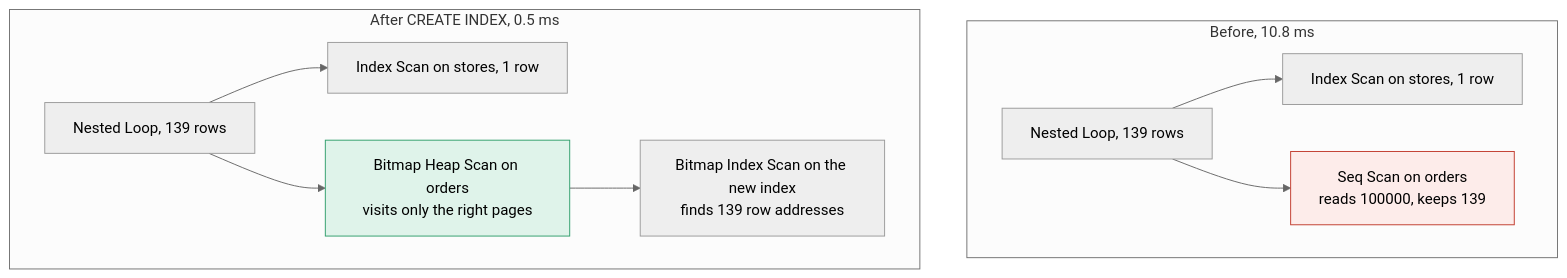
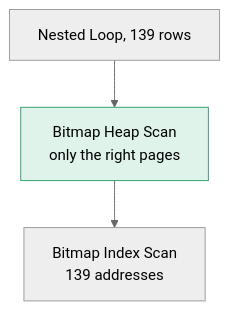
The third of 5 diagrams in learn/database/11-reading-explain.md (starjustice/research-material), drawn with Mermaid (neutral theme) before and after one commit. The commit also changed other lines of this file, not shown here.

````diff
--- a/learn/database/11-reading-explain.md
+++ b/learn/database/11-reading-explain.md
@@ -115,14 +154,6 @@
 ```mermaid
 graph TB
-    subgraph BEFORE ["Before, 10.8 ms"]
-        B1["Nested Loop, 139 rows"] --> B2["Index Scan on stores, 1 row"]
-        B1 --> B3["Seq Scan on orders<br/>reads 100000, keeps 139"]
-    end
-    subgraph AFTER ["After CREATE INDEX, 0.5 ms"]
-        A1["Nested Loop, 139 rows"] --> A2["Index Scan on stores, 1 row"]
-        A1 --> A3["Bitmap Heap Scan on orders<br/>visits only the right pages"]
-        A3 --> A4["Bitmap Index Scan on the new index<br/>finds 139 row addresses"]
-    end
-    style B3 fill:#fdecea,stroke:#c0392b
+    A1["Nested Loop, 139 rows"] --> A3["Bitmap Heap Scan<br/>only the right pages"]
+    A3 --> A4["Bitmap Index Scan<br/>139 addresses"]
     style A3 fill:#dff3ea,stroke:#2f9e6b
 ```
````
